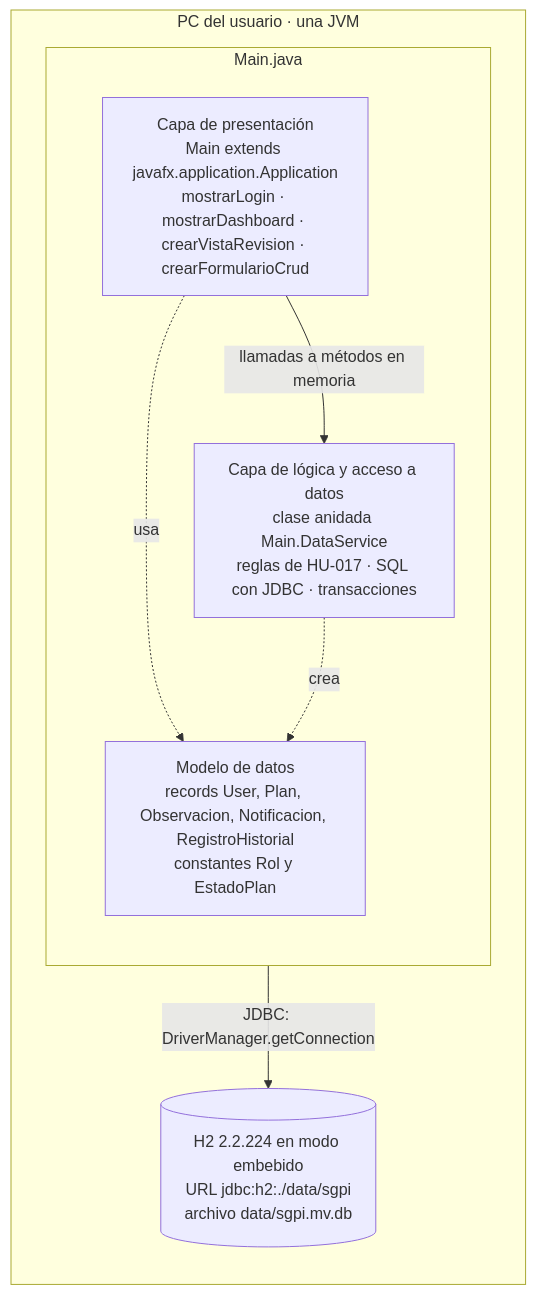
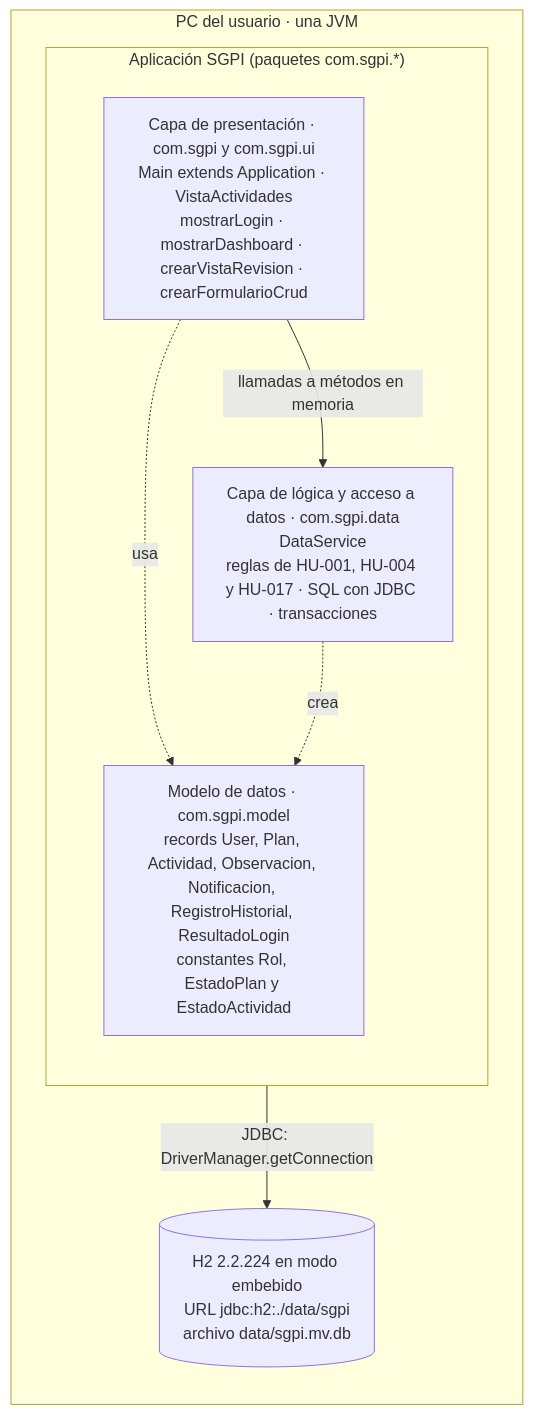
Before and after one commit to Raze144hz/Proyecto-FIDSW: the first of 6 diagrams in Docs/Arquitectura/modelos-arquitectonicos.md, drawn with Mermaid. The commit also changed other lines of this file and 24 other files, not shown here.

````diff
--- a/Docs/Arquitectura/modelos-arquitectonicos.md
+++ b/Docs/Arquitectura/modelos-arquitectonicos.md
@@ -56,17 +65,17 @@
 ```mermaid
 flowchart TB
     subgraph PC["PC del usuario · una JVM"]
         direction TB
-        subgraph APP["Main.java"]
+        subgraph APP["Aplicación SGPI (paquetes com.sgpi.*)"]
             direction TB
-            UI["Capa de presentación<br/>Main extends javafx.application.Application<br/>mostrarLogin · mostrarDashboard · crearVistaRevision · crearFormularioCrud"]
-            DS["Capa de lógica y acceso a datos<br/>clase anidada Main.DataService<br/>reglas de HU-017 · SQL con JDBC · transacciones"]
-            MOD["Modelo de datos<br/>records User, Plan, Observacion, Notificacion, RegistroHistorial<br/>constantes Rol y EstadoPlan"]
+            UI["Capa de presentación · com.sgpi y com.sgpi.ui<br/>Main extends Application · VistaActividades<br/>mostrarLogin · mostrarDashboard · crearVistaRevision · crearFormularioCrud"]
+            DS["Capa de lógica y acceso a datos · com.sgpi.data<br/>DataService<br/>reglas de HU-001, HU-004 y HU-017 · SQL con JDBC · transacciones"]
+            MOD["Modelo de datos · com.sgpi.model<br/>records User, Plan, Actividad, Observacion, Notificacion, RegistroHistorial, ResultadoLogin<br/>constantes Rol, EstadoPlan y EstadoActividad"]
             UI -->|"llamadas a métodos en memoria"| DS
             UI -.->|"usa"| MOD
             DS -.->|"crea"| MOD
         end
         H2[("H2 2.2.224 en modo embebido<br/>URL jdbc:h2:./data/sgpi<br/>archivo data/sgpi.mv.db")]
         DS -->|"JDBC: DriverManager.getConnection"| H2
     end
 ```
````
